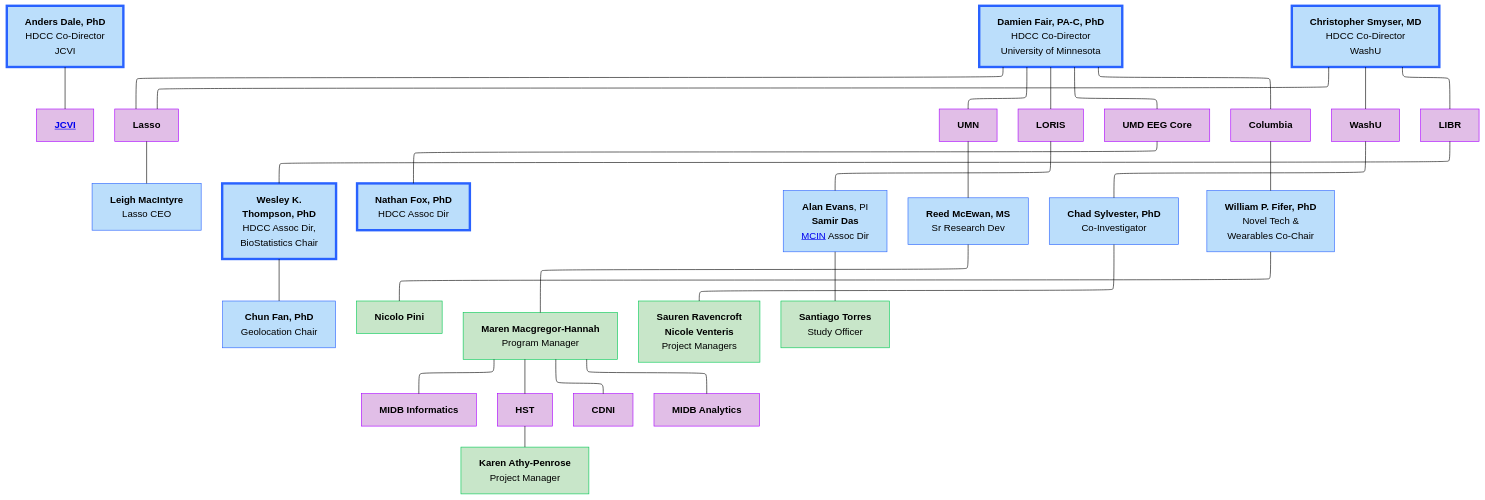
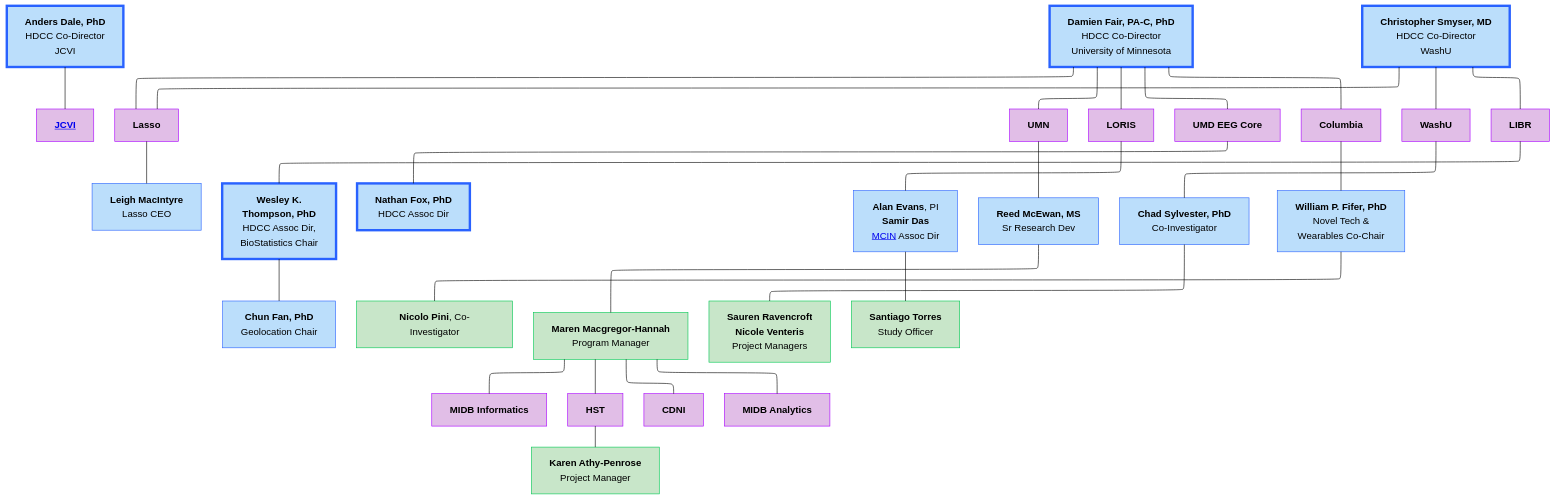
Before and after one commit to DCAN-Labs/hbcd-docs-internal: the first of 12 diagrams in docs/orgcharts.md, drawn with Mermaid (forest theme). The commit also changed other lines of this file, not shown here.

````diff
--- a/docs/orgcharts.md
+++ b/docs/orgcharts.md
@@ -28,67 +28,67 @@
 ```mermaid
 ---
 config:
   layout: elk
 ---
 flowchart TB
     n2["<b>Anders Dale, PhD<br></b>HDCC Co-Director<br>JCVI"] --- jcvi["<a href="#j-craig-venter-institute" target="_top"><b>JCVI</b></a>"]
     E["<b>Damien Fair, PA-C, PhD</b><br>HDCC Co-Director<br>University of Minnesota"] --- lasso["<b>Lasso</b>"] & umn["<b>UMN</b>"] & n7["<b>LORIS</b>"] & n8["<b>UMD EEG Core</b>"] & n11["<b>Columbia</b>"]
     lasso --- lasso1["<b>Leigh MacIntyre</b><br>Lasso CEO"]
     n1["<b>Christopher Smyser, MD<br></b>HDCC Co-Director<br>WashU"] --- n10["<b>WashU</b>"] & n12["<b>LIBR</b>"] & lasso
     n16["<b>Wesley K.<br>Thompson, PhD</b><br>HDCC Assoc Dir,<br>BioStatistics Chair"] --- n17["<b>Chun Fan, PhD</b><br>Geolocation Chair"]
     n12 --- n16
     n8 --- n19["<b>Nathan Fox, PhD<br></b>HDCC Assoc Dir"]
     n7 --- n20["<b>Alan Evans</b>, PI<br><b>Samir Das</b><br><a href="https://mcin.ca/about-mcin/" target="_blank">MCIN</a> Assoc Dir"]
     umn --- reed["<b>Reed McEwan, MS</b><br>Sr Research Dev"]
     n10 --- n22["<b>Chad Sylvester, PhD</b><br>Co-Investigator"]
     n11 --- n18["<b>William P. Fifer, PhD</b><br>Novel Tech &<br>Wearables Co-Chair"]
-    n18 --- n34["<b>Nicolo Pini</b>"]
+    n18 --- n34["<b>Nicolo Pini</b>, Co-Investigator"]
     reed --- n30["<b>Maren Macgregor-Hannah</b><br>Program Manager"]
     n30 --- n25["<b>MIDB Informatics</b>"]
     n30 --- n27["<b>HST</b>"]
     n30 --- n28["<b>CDNI</b>"]
     n30 --- n29["<b>MIDB Analytics</b>"]
     n27 --- n31["<b>Karen Athy-Penrose</b><br>Project Manager"]
     n22 --- n32["<b>Sauren Ravencroft<br>Nicole Venteris</b><br>Project Managers"]
     n20 --- n33["<b>Santiago Torres</b><br>Study Officer"]
     style n2 fill:#BBDEFB,stroke:#2962FF,stroke-width:4px
     style jcvi fill:#E1BEE7,stroke:#AA00FF
     style E fill:#BBDEFB,stroke:#2962FF,stroke-width:4px
     style lasso fill:#E1BEE7,stroke:#AA00FF
     style umn fill:#E1BEE7,stroke:#AA00FF
     style n7 fill:#E1BEE7,stroke:#AA00FF
     style n8 fill:#E1BEE7,stroke:#AA00FF
     style n11 fill:#E1BEE7,stroke:#AA00FF
     style lasso1 fill:#BBDEFB,stroke:#2962FF
     style n1 fill:#BBDEFB,stroke:#2962FF,stroke-width:4px
     style n10 fill:#E1BEE7,stroke:#AA00FF
     style n12 fill:#E1BEE7,stroke:#AA00FF
     style n16 fill:#BBDEFB,stroke:#2962FF,stroke-width:4px
     style n17 fill:#BBDEFB,stroke:#2962FF
     style n19 fill:#BBDEFB,stroke:#2962FF,stroke-width:4px
     style n20 fill:#BBDEFB,stroke:#2962FF
     style reed fill:#BBDEFB,stroke:#2962FF
     style n22 fill:#BBDEFB,stroke:#2962FF
     style n18 fill:#BBDEFB,stroke:#2962FF
     style n25 fill:#E1BEE7,stroke:#AA00FF
     style n27 fill:#E1BEE7,stroke:#AA00FF
     style n28 fill:#E1BEE7,stroke:#AA00FF
     style n29 fill:#E1BEE7,stroke:#AA00FF
     style n30 fill:#C8E6C9,stroke:#00C853
     style n31 fill:#C8E6C9,stroke:#00C853
     style n32 fill:#C8E6C9,stroke:#00C853
     style n33 fill:#C8E6C9,stroke:#00C853
     style n34 fill:#C8E6C9,stroke:#00C853
     click jcvi "#j-craig-venter-institute"
     click lasso "#lasso"
     click umn "#university-of-minnesota"
     click n7 "#loris"
     click n8 "#university-of-maryland"
     click n10 "#washu"
     click n25 "#midb-informatics-hub-msi"
     click n29 "#midb-analytics-hub"
     click n27 "#health-sciences-technology"
     click n28 "#center-for-developmental-neuroimaging"
     click n12 "#libr"
     click n11 "#columbia-university"
 ```
````
